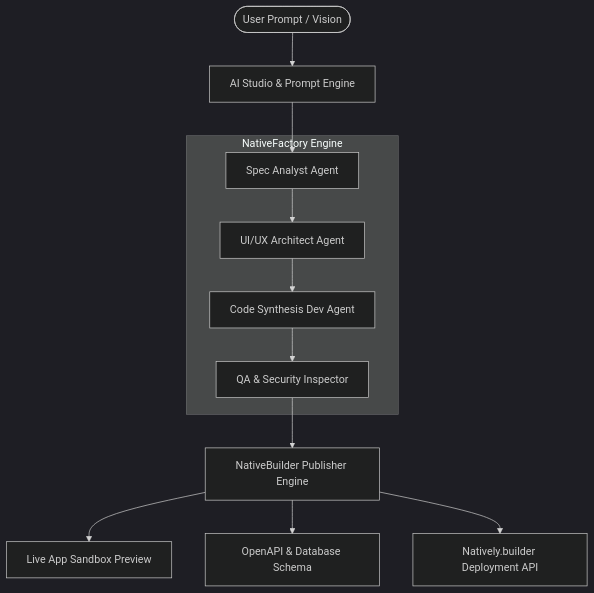
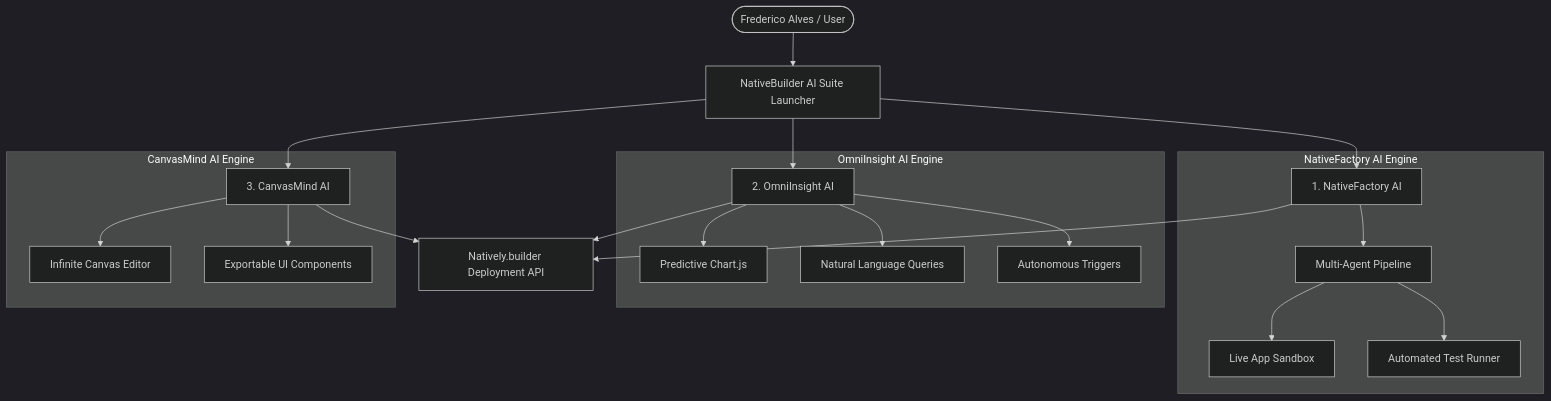
The diagram in README.md (FREDERICO-SISTEMAS-UNIPAM/native-factory-ai), drawn with Mermaid (dark theme) before and after one commit. The commit also changed other lines of this file and 3 other files, not shown here.

Commit message:
feat: complete NativeBuilder 3-in-1 Ecosystem Suite (NativeFactory AI, OmniInsight AI, CanvasMind AI)

````diff
--- a/README.md
+++ b/README.md
@@ -39,20 +40,29 @@
 ```mermaid
 graph TD
-    User([User Prompt / Vision]) --> Studio[AI Studio & Prompt Engine]
-    Studio --> SpecAgent[Spec Analyst Agent]
-    SpecAgent --> UXAgent[UI/UX Architect Agent]
-    UXAgent --> DevAgent[Code Synthesis Dev Agent]
-    DevAgent --> QAAgent[QA & Security Inspector]
-    QAAgent --> NativePublisher[NativeBuilder Publisher Engine]
+    User([Frederico Alves / User]) --> SuiteHeader[NativeBuilder AI Suite Launcher]
+    
+    SuiteHeader --> Factory[1. NativeFactory AI]
+    SuiteHeader --> Omni[2. OmniInsight AI]
+    SuiteHeader --> Canvas[3. CanvasMind AI]
 
-    subgraph "NativeFactory Engine"
-        SpecAgent
-        UXAgent
-        DevAgent
-        QAAgent
+    subgraph "NativeFactory AI Engine"
+        Factory --> AgentPipeline[Multi-Agent Pipeline]
+        AgentPipeline --> LiveSandbox[Live App Sandbox]
+        AgentPipeline --> TestRunner[Automated Test Runner]
     end
 
-    NativePublisher --> Sandbox[Live App Sandbox Preview]
-    NativePublisher --> ArchSpec[OpenAPI & Database Schema]
-    NativePublisher --> NativePlatform[Natively.builder Deployment API]
+    subgraph "OmniInsight AI Engine"
+        Omni --> ChartJS[Predictive Chart.js]
+        Omni --> NLQuery[Natural Language Queries]
+        Omni --> ActionTriggers[Autonomous Triggers]
+    end
+
+    subgraph "CanvasMind AI Engine"
+        Canvas --> SpatialCanvas[Infinite Canvas Editor]
+        Canvas --> ComponentLib[Exportable UI Components]
+    end
+
+    Factory --> NativelyPlatform[Natively.builder Deployment API]
+    Omni --> NativelyPlatform
+    Canvas --> NativelyPlatform
 ```
````
